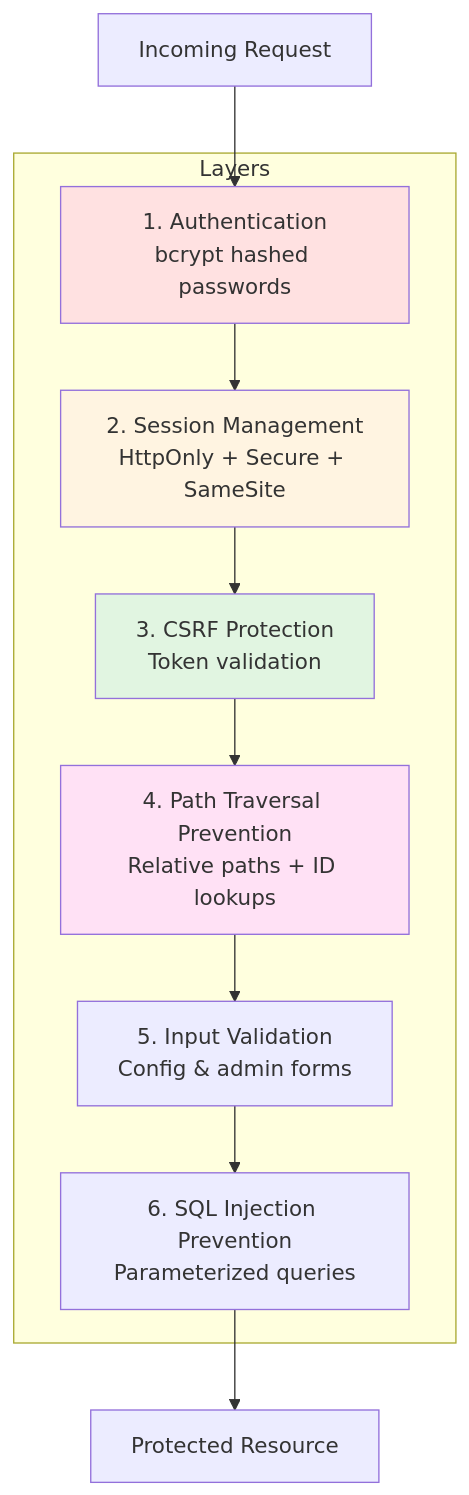
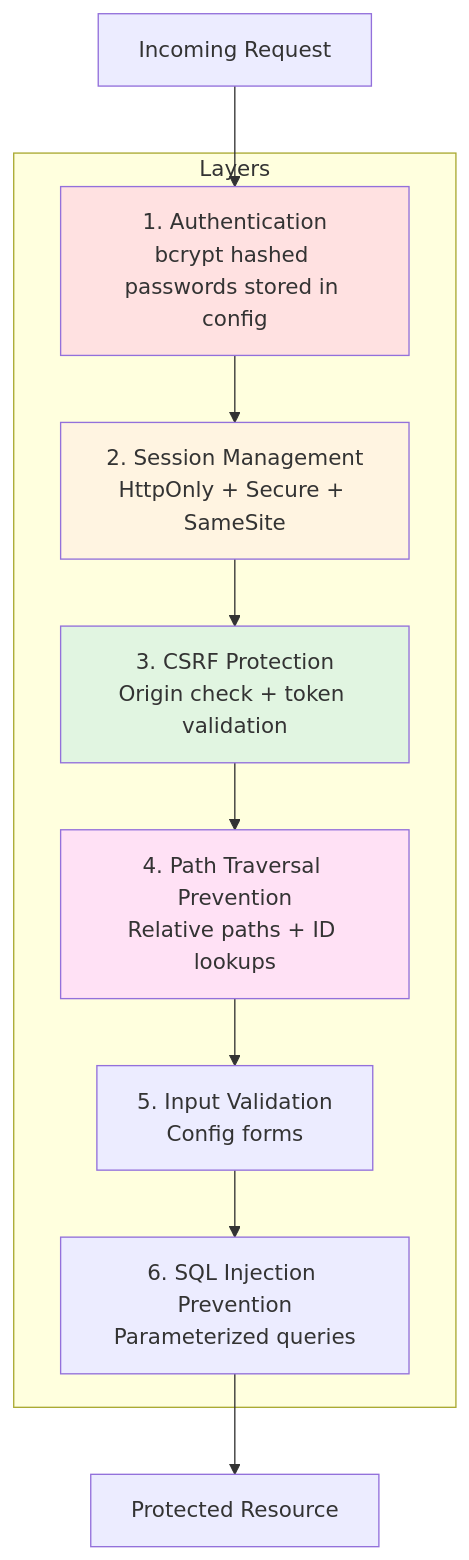
Before and after one commit to lbe/sfpg-go: diagram 15 of 21 in docs/ARCHITECTURE.md, drawn with Mermaid. The commit also changed other lines of this file and 180 other files, not shown here.

````diff
--- a/docs/ARCHITECTURE.md
+++ b/docs/ARCHITECTURE.md
@@ -780,24 +822,24 @@
 ```mermaid
 graph TB
     subgraph "Layers"
-        L1[1. Authentication<br/>bcrypt hashed passwords]
+        L1[1. Authentication<br/>bcrypt hashed passwords stored in config]
         L2[2. Session Management<br/>HttpOnly + Secure + SameSite]
-        L3[3. CSRF Protection<br/>Token validation]
+        L3[3. CSRF Protection<br/>Origin check + token validation]
         L4[4. Path Traversal Prevention<br/>Relative paths + ID lookups]
-        L5[5. Input Validation<br/>Config & admin forms]
+        L5[5. Input Validation<br/>Config forms]
         L6[6. SQL Injection Prevention<br/>Parameterized queries]
     end
 
     Request[Incoming Request] --> L1
     L1 --> L2
     L2 --> L3
     L3 --> L4
     L4 --> L5
     L5 --> L6
     L6 --> Protected[Protected Resource]
 
     style L1 fill:#ffe1e1
     style L2 fill:#fff4e1
     style L3 fill:#e1f5e1
     style L4 fill:#ffe1f5
 ```
````
